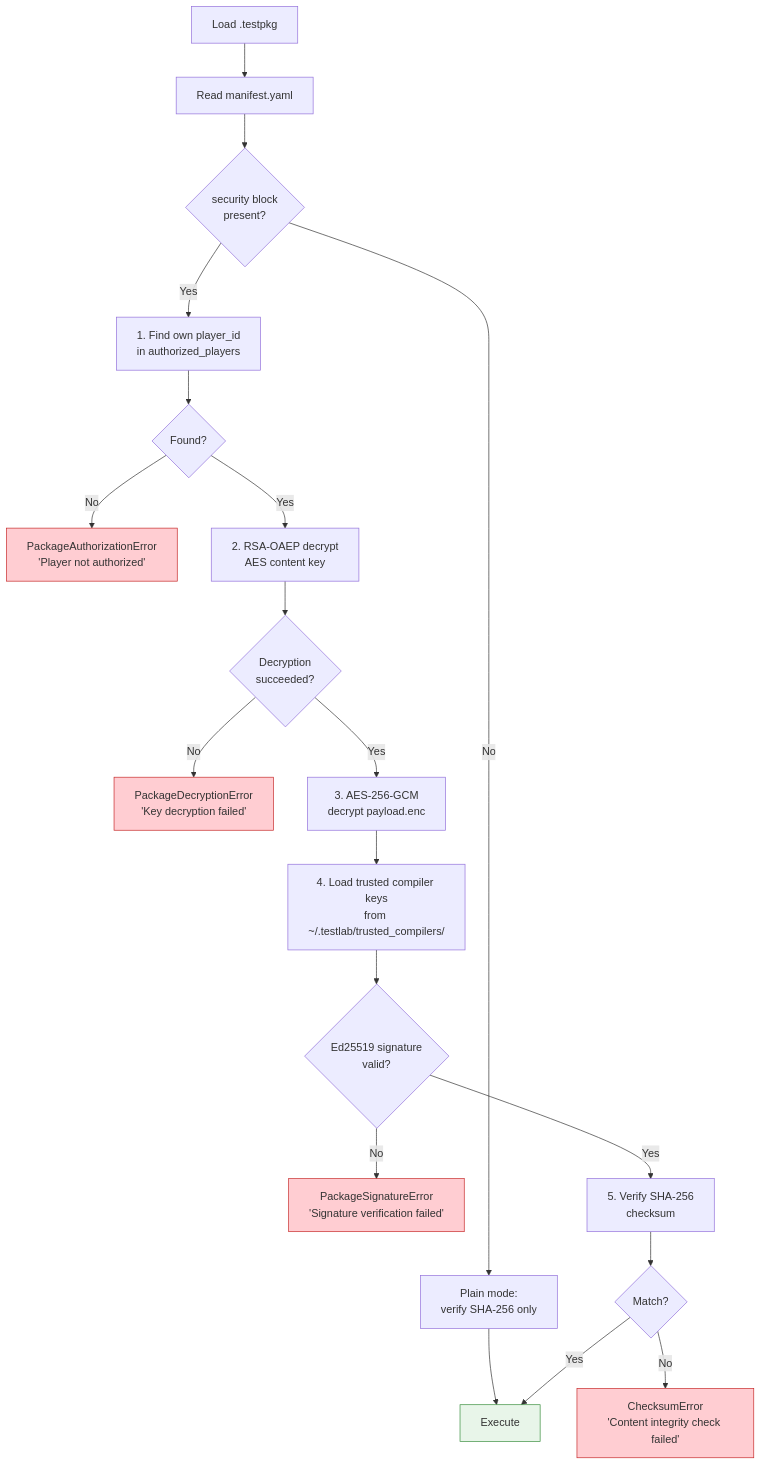
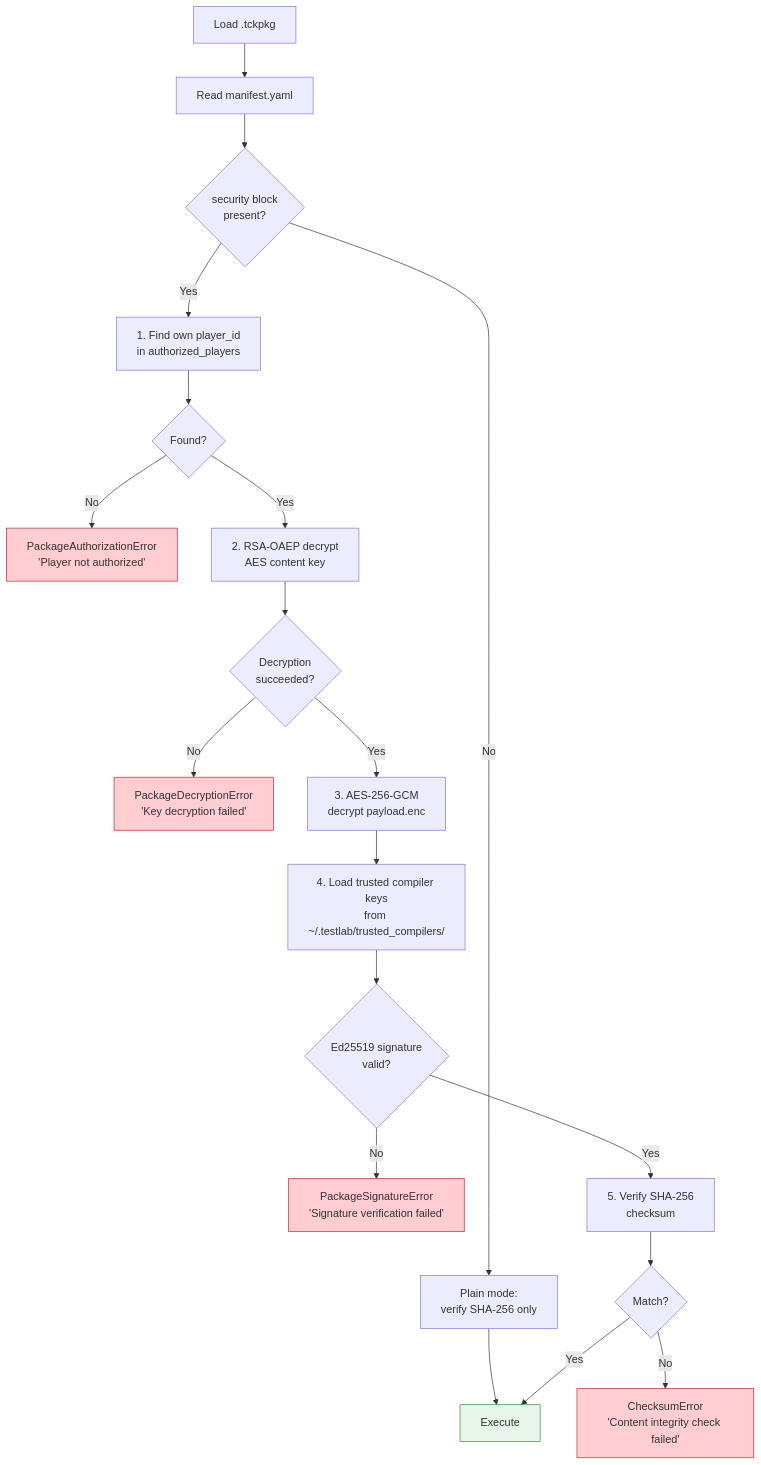
One commit to tudorfrincu1/tractusx-testlab changed the fourth of 4 diagrams in docs/specification/reference/package-format.md. Above: the diagram before and after it, drawn with Mermaid. The commit also changed other lines of this file and 144 other files, not shown here.

````diff
--- a/docs/specification/reference/package-format.md
+++ b/docs/specification/reference/package-format.md
@@ -206,29 +206,29 @@
 ```mermaid
 flowchart TD
-    LOAD["Load .testpkg"] --> READ["Read manifest.yaml"]
+    LOAD["Load .tckpkg"] --> READ["Read manifest.yaml"]
     READ --> DETECT{"security block<br/>present?"}
 
     DETECT -->|No| PLAIN["Plain mode:<br/>verify SHA-256 only"]
     PLAIN --> EXEC["Execute"]
 
     DETECT -->|Yes| AUTH["1. Find own player_id<br/>in authorized_players"]
     AUTH --> FOUND{"Found?"}
     FOUND -->|No| REJECT1["PackageAuthorizationError<br/>'Player not authorized'"]
     FOUND -->|Yes| DECRYPT["2. RSA-OAEP decrypt<br/>AES content key"]
     DECRYPT --> DEC_OK{"Decryption<br/>succeeded?"}
     DEC_OK -->|No| REJECT2["PackageDecryptionError<br/>'Key decryption failed'"]
     DEC_OK -->|Yes| PAYLOAD["3. AES-256-GCM<br/>decrypt payload.enc"]
     PAYLOAD --> VERIFY_SIG["4. Load trusted compiler keys<br/>from ~/.testlab/trusted_compilers/"]
     VERIFY_SIG --> SIG_OK{"Ed25519 signature<br/>valid?"}
     SIG_OK -->|No| REJECT3["PackageSignatureError<br/>'Signature verification failed'"]
     SIG_OK -->|Yes| CHECKSUM["5. Verify SHA-256<br/>checksum"]
     CHECKSUM --> CS_OK{"Match?"}
     CS_OK -->|No| REJECT4["ChecksumError<br/>'Content integrity check failed'"]
     CS_OK -->|Yes| EXEC
 
     style EXEC fill:#e8f5e9,stroke:#388e3c
     style REJECT1 fill:#ffcdd2,stroke:#c62828
     style REJECT2 fill:#ffcdd2,stroke:#c62828
     style REJECT3 fill:#ffcdd2,stroke:#c62828
     style REJECT4 fill:#ffcdd2,stroke:#c62828
 ```
````
